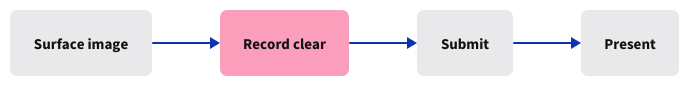
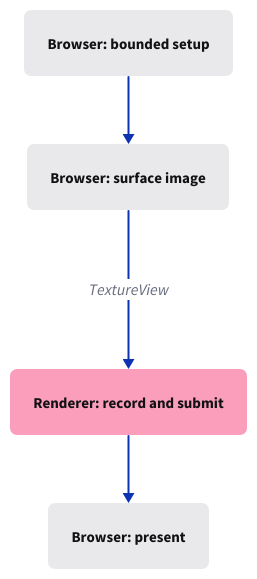
The diagram in session_viewer/docs/diagrams/journey-02.d2 (petrasvestartas/session), drawn with D2 before and after one commit. The commit also changed 144 other files, not shown here.

```diff
--- a/session_viewer/docs/diagrams/journey-02.d2
+++ b/session_viewer/docs/diagrams/journey-02.d2
@@ -1,14 +1,14 @@
 vars: { d2-config: { layout-engine: elk; pad: 20; theme-id: 0 } }
 style: { fill: "#ffffff" }
 classes: {
-  box:   { style: { fill: "#e9e9ec"; stroke: "#e9e9ec"; border-radius: 6; font-size: 15; font-color: "#111111" } }
+  box: { style: { fill: "#e9e9ec"; stroke: "#e9e9ec"; border-radius: 6; font-size: 15; font-color: "#111111" } }
   focus: { style: { fill: "#fa9ebc"; stroke: "#fa9ebc"; border-radius: 6; font-size: 15; font-color: "#111111" } }
 }
-direction: right
-surface: "Surface image" {class: box}
-record: "Record clear" {class: focus}
-queue: "Submit" {class: box}
-canvas: "Present" {class: box}
-surface -> record
-record -> queue
-queue -> canvas
+direction: down
+setup: "Browser: bounded setup" {class: box}
+image: "Browser: surface image" {class: box}
+renderer: "Renderer: record and submit" {class: focus}
+present: "Browser: present" {class: box}
+setup -> image
+image -> renderer: "TextureView"
+renderer -> present
```
